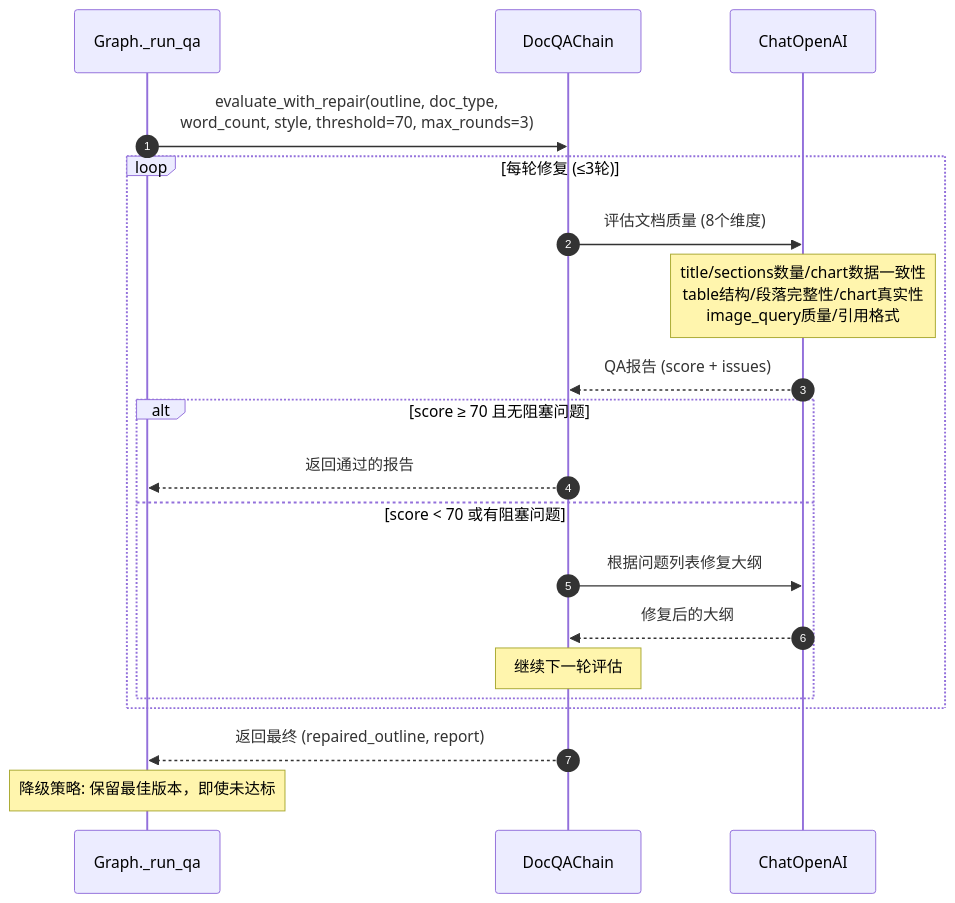
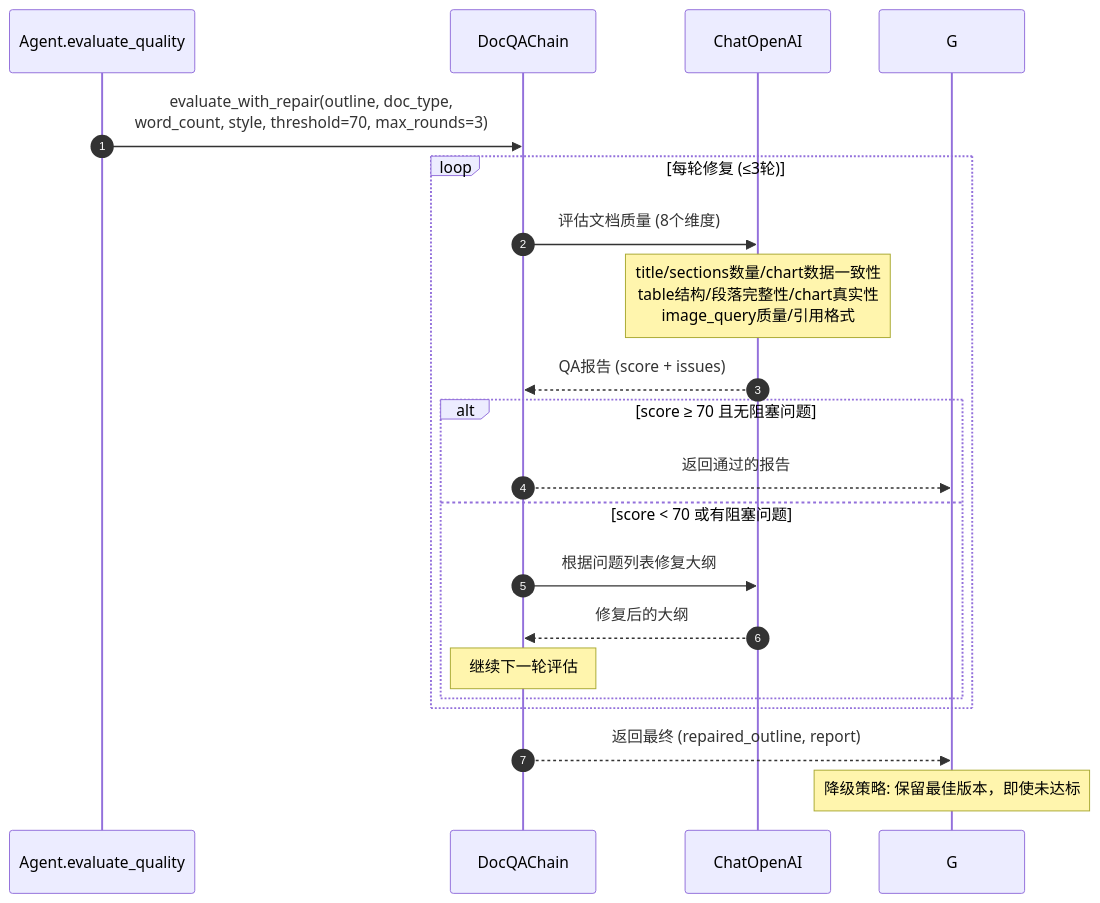
One commit to ForeverGreenDam/BirdHelp-AI changed the second of 3 diagrams in doc/graph/WORD_GENERATION.md. Above: the diagram before and after it, drawn with Mermaid. The commit also changed other lines of this file and 10 other files, not shown here.

````diff
--- a/doc/graph/WORD_GENERATION.md
+++ b/doc/graph/WORD_GENERATION.md
@@ -139,27 +140,27 @@
 ```mermaid
 sequenceDiagram
     autonumber
-    participant G as Graph._run_qa
+    participant A as Agent.evaluate_quality
     participant QA as DocQAChain
     participant LLM as ChatOpenAI
 
-    G->>QA: evaluate_with_repair(outline, doc_type,<br/>word_count, style, threshold=70, max_rounds=3)
+    A->>QA: evaluate_with_repair(outline, doc_type,<br/>word_count, style, threshold=70, max_rounds=3)
 
     loop 每轮修复 (≤3轮)
         QA->>LLM: 评估文档质量 (8个维度)
         Note over LLM: title/sections数量/chart数据一致性<br/>table结构/段落完整性/chart真实性<br/>image_query质量/引用格式
 
         LLM-->>QA: QA报告 (score + issues)
 
         alt score ≥ 70 且无阻塞问题
             QA-->>G: 返回通过的报告
         else score < 70 或有阻塞问题
             QA->>LLM: 根据问题列表修复大纲
             LLM-->>QA: 修复后的大纲
             Note over QA: 继续下一轮评估
         end
     end
 
     QA-->>G: 返回最终 (repaired_outline, report)
     Note over G: 降级策略: 保留最佳版本，即使未达标
 ```
````
